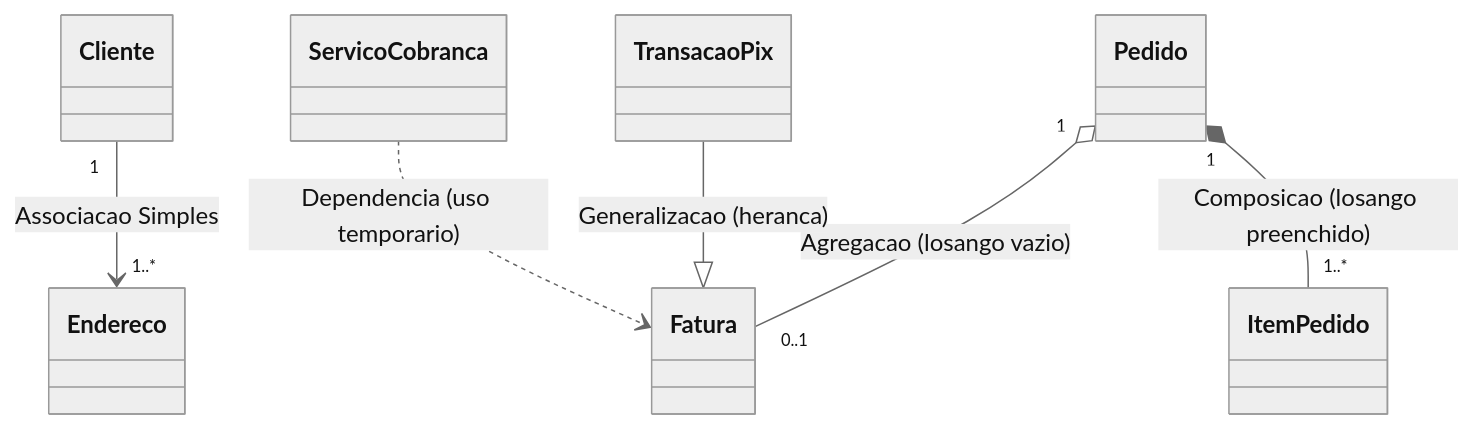
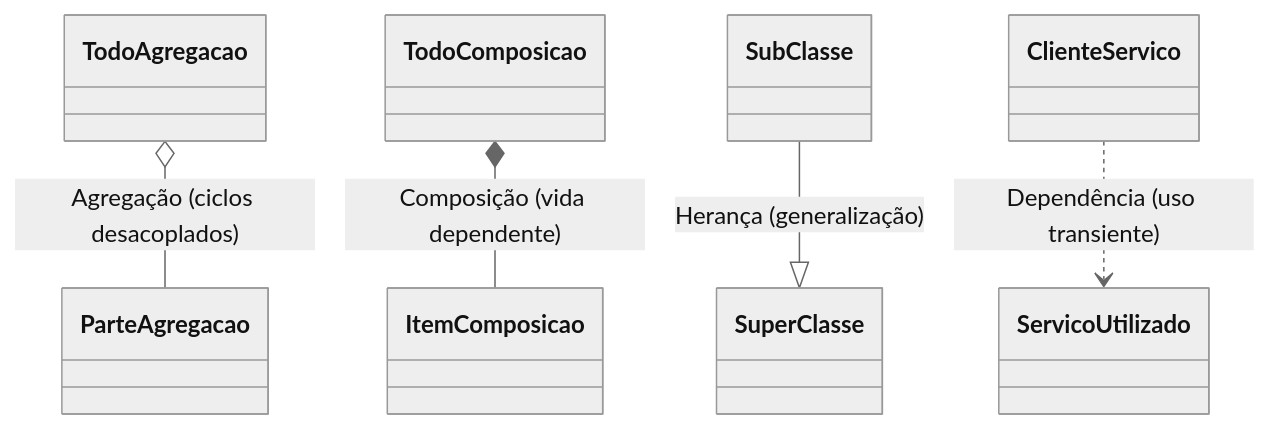
Before and after one commit to murilolol/unifef: diagram 14 of 30 in 4º Semestre/[Prof. Wesley Soares] Engenharia de Software II/Resumos-IA/Caderno-Consolidado.md, drawn with Mermaid (neutral theme). The commit also changed other lines of this file and 58 other files, not shown here.

````diff
--- a/4º Semestre/[Prof. Wesley Soares] Engenharia de Software II/Resumos-IA/Caderno-Consolidado.md
+++ b/4º Semestre/[Prof. Wesley Soares] Engenharia de Software II/Resumos-IA/Caderno-Consolidado.md
@@ -801,16 +625,16 @@
 ```mermaid
 classDiagram
-  class Cliente
-  class Endereco
-  class Pedido
-  class ItemPedido
-  class Fatura
-  class TransacaoPix
-  class ServicoCobranca
+  class TodoAgregacao
+  class ParteAgregacao
+  class TodoComposicao
+  class ItemComposicao
+  class SuperClasse
+  class SubClasse
+  class ClienteServico
+  class ServicoUtilizado
 
-  Cliente "1" --> "1..*" Endereco : Associacao Simples
-  Pedido "1" o-- "0..1" Fatura : Agregacao (losango vazio)
-  Pedido "1" *-- "1..*" ItemPedido : Composicao (losango preenchido)
-  TransacaoPix --|> Fatura : Generalizacao (heranca)
-  ServicoCobranca ..> Fatura : Dependencia (uso temporario)
+  TodoAgregacao o-- ParteAgregacao : Agregação (ciclos desacoplados)
+  TodoComposicao *-- ItemComposicao : Composição (vida dependente)
+  SubClasse --|> SuperClasse : Herança (generalização)
+  ClienteServico ..> ServicoUtilizado : Dependência (uso transiente)
 ```
````
